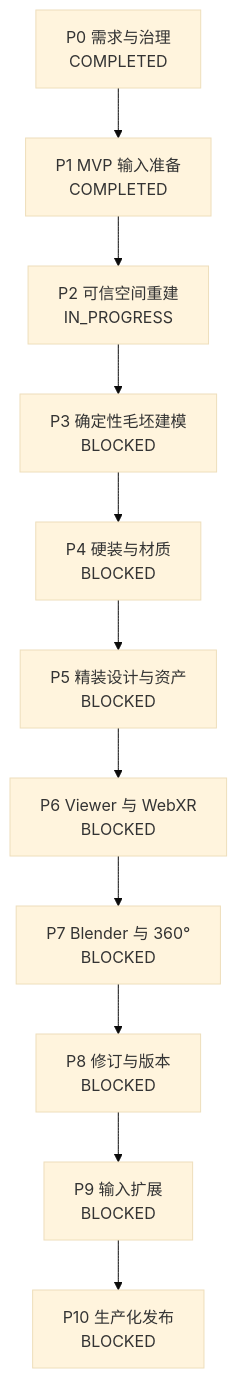
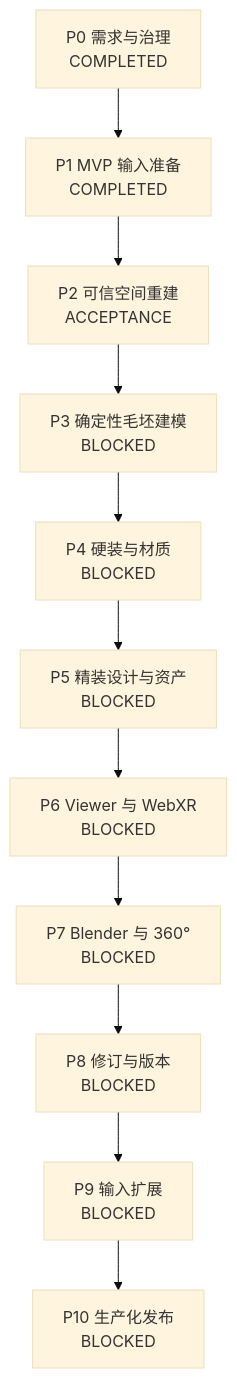
Before and after one commit to keson-skill/VR-3D-Skill: the second of 2 diagrams in 需求文档.md, drawn with Mermaid (base theme). The commit also changed other lines of this file and 76 other files, not shown here.

````diff
--- a/需求文档.md
+++ b/需求文档.md
@@ -434,13 +438,13 @@
 ```mermaid
 flowchart TD
     P0["P0 需求与治理<br/>COMPLETED"] --> P1["P1 MVP 输入准备<br/>COMPLETED"]
-    P1 --> P2["P2 可信空间重建<br/>IN_PROGRESS"]
+    P1 --> P2["P2 可信空间重建<br/>ACCEPTANCE"]
     P2 --> P3["P3 确定性毛坯建模<br/>BLOCKED"]
     P3 --> P4["P4 硬装与材质<br/>BLOCKED"]
     P4 --> P5["P5 精装设计与资产<br/>BLOCKED"]
     P5 --> P6["P6 Viewer 与 WebXR<br/>BLOCKED"]
     P6 --> P7["P7 Blender 与 360°<br/>BLOCKED"]
     P7 --> P8["P8 修订与版本<br/>BLOCKED"]
     P8 --> P9["P9 输入扩展<br/>BLOCKED"]
     P9 --> P10["P10 生产化发布<br/>BLOCKED"]
 ```
````
